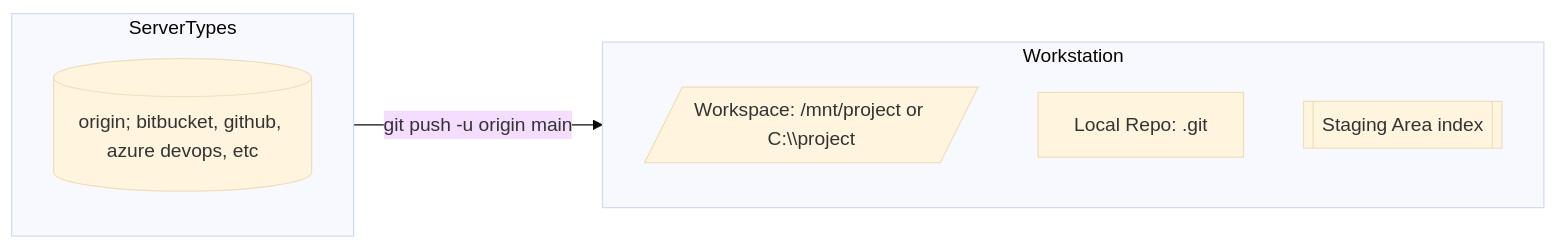
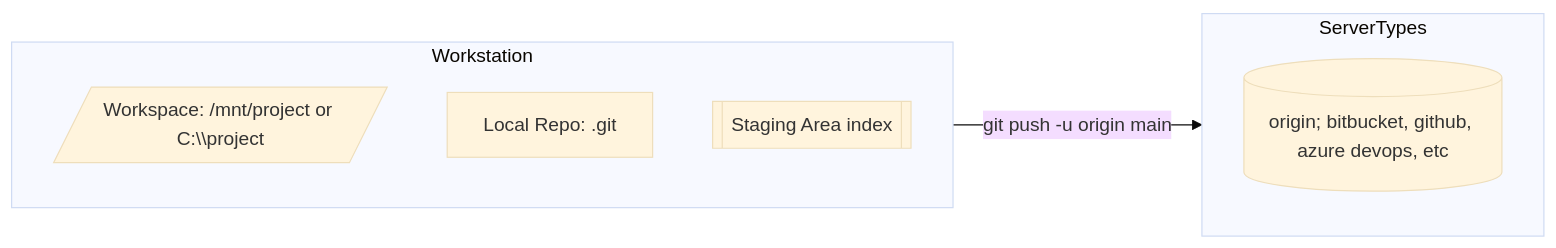
The fourth of 4 diagrams in knowledge/secdevops/scm/git/gitforbeginners.md (bigbird023/bigbird023.github.io), drawn with Mermaid (base theme) before and after one commit.

Commit message:
fix direction of git init

````diff
--- a/knowledge/secdevops/scm/git/gitforbeginners.md
+++ b/knowledge/secdevops/scm/git/gitforbeginners.md
@@ -120,15 +120,15 @@
 ```mermaid
 flowchart LR
      subgraph Remote[ServerTypes]
           R[(origin; bitbucket, github, azure devops, etc)]
      end
 
      subgraph Workstation[Workstation]
           W[/Workspace: /mnt/project or C:\\project/]
           L[Local Repo: .git]
           S[[Staging Area index]]
      end
 
-	 Remote -- git push -u origin main --> Workstation
+	 Workstation -- git push -u origin main --> Remote
 
 ```
````
